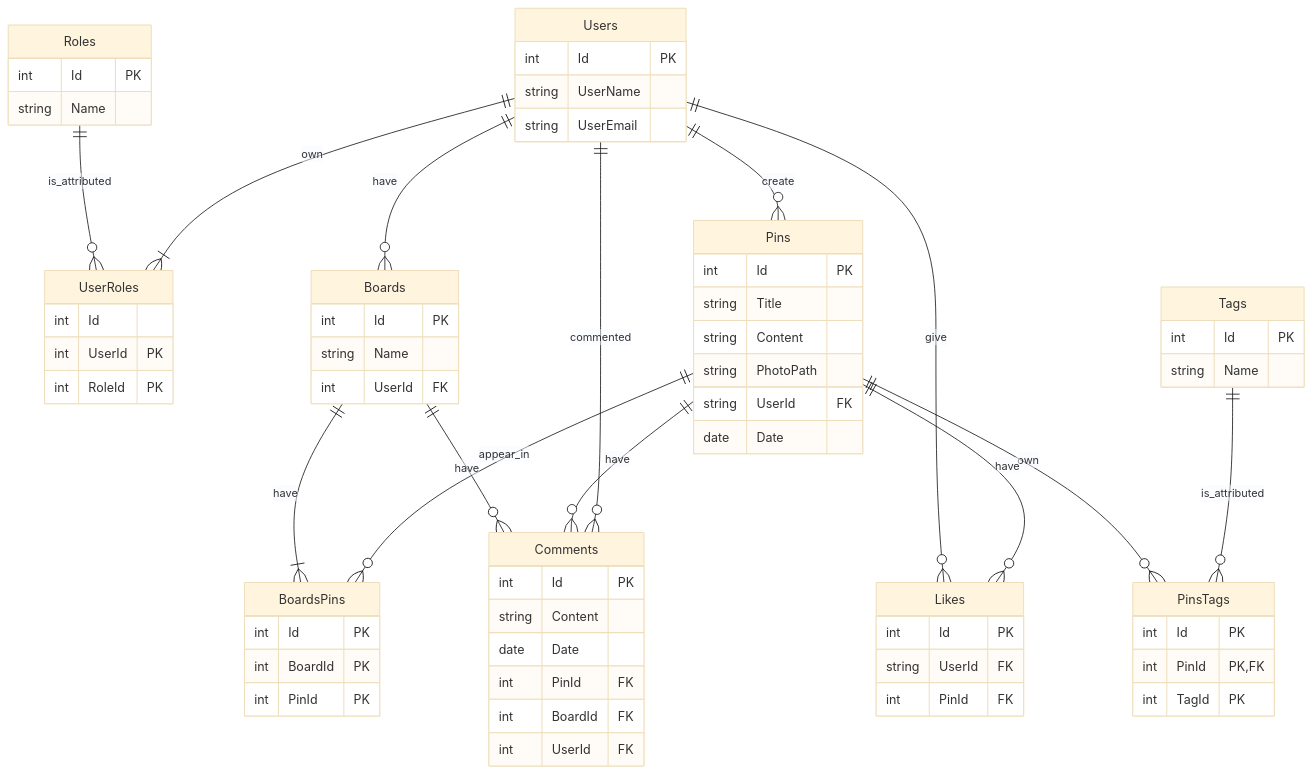
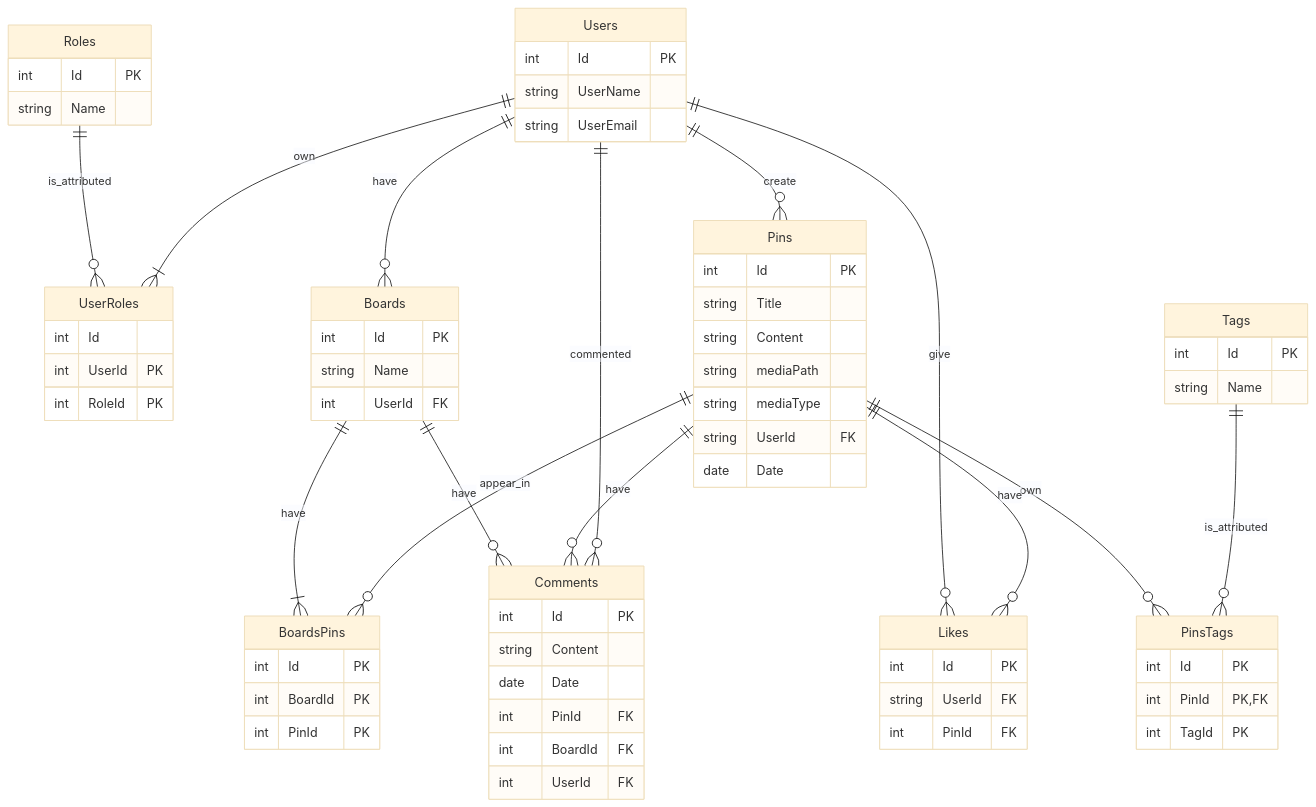
Before and after one commit to vladc15/SaveIt: the diagram in README.md, drawn with Mermaid (base theme).

Commit message:
Update Diagram

````diff
--- a/README.md
+++ b/README.md
@@ -3,80 +3,81 @@
 ```mermaid
 erDiagram
     Roles ||--o{ UserRoles : is_attributed
     Roles {
         int Id PK
         string Name
     }
     
     Users ||--|{ UserRoles : own
     Users ||--o{ Boards : have
     Users ||--o{ Likes : give
     Users {
         int Id PK
         string UserName
         string UserEmail
     }
     Likes {
         int Id  PK
         string UserId FK
         int PinId FK
     }
     Users ||--o{ Pins : create
     
     UserRoles {
         int Id
         int UserId PK
         int RoleId PK
     }
     Boards ||--|{ BoardsPins : have
     Boards ||--o{ Comments : have
     Pins ||--o{ Comments : have
     Users ||--o{Comments : commented
 
     Comments {
         int Id PK
         string Content
         date Date
         int PinId FK
         int BoardId FK
         int UserId FK
     }
     
 
     Boards {
         int Id PK
         string Name
         int UserId FK
     }
     
     
     Pins ||--o{ PinsTags : own
     Pins ||--o{ BoardsPins : appear_in
     Pins ||--o{ Likes : have
     Pins {
         int Id PK
         string Title
         string Content
-        string PhotoPath
+        string mediaPath
+        string mediaType
         string UserId FK
         date Date
     }
     
     
     PinsTags {
         int Id PK
         int PinId PK, FK
         int TagId PK
     }
     BoardsPins {
         int Id PK
         int BoardId PK
         int PinId PK
     }
 
     Tags ||--o{ PinsTags : is_attributed
     Tags {
         int Id PK
         string Name
     }
 ```
````
